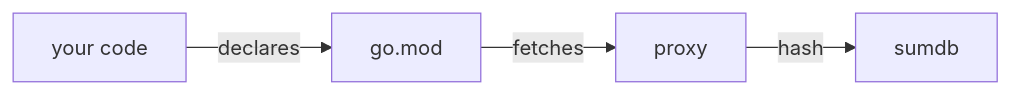
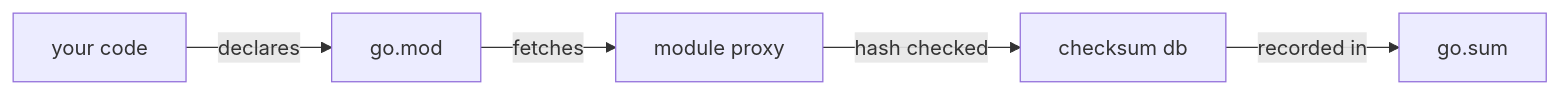
Before and after one commit to davideimola/presentations: the diagram in securing-go/src/slides.md, drawn with Mermaid. The commit also changed other lines of this file, not shown here.

````diff
--- a/securing-go/src/slides.md
+++ b/securing-go/src/slides.md
@@ -579,6 +615,7 @@
 ```mermaid
 graph LR
     Code[your code] -->|declares| GoMod[go.mod]
-    GoMod -->|fetches| Proxy[proxy]
-    Proxy -->|hash| Sumdb[sumdb]
+    GoMod -->|fetches| Proxy[module proxy]
+    Proxy -->|hash checked| Sumdb[checksum db]
+    Sumdb -->|recorded in| GoSum[go.sum]
 ```
````
